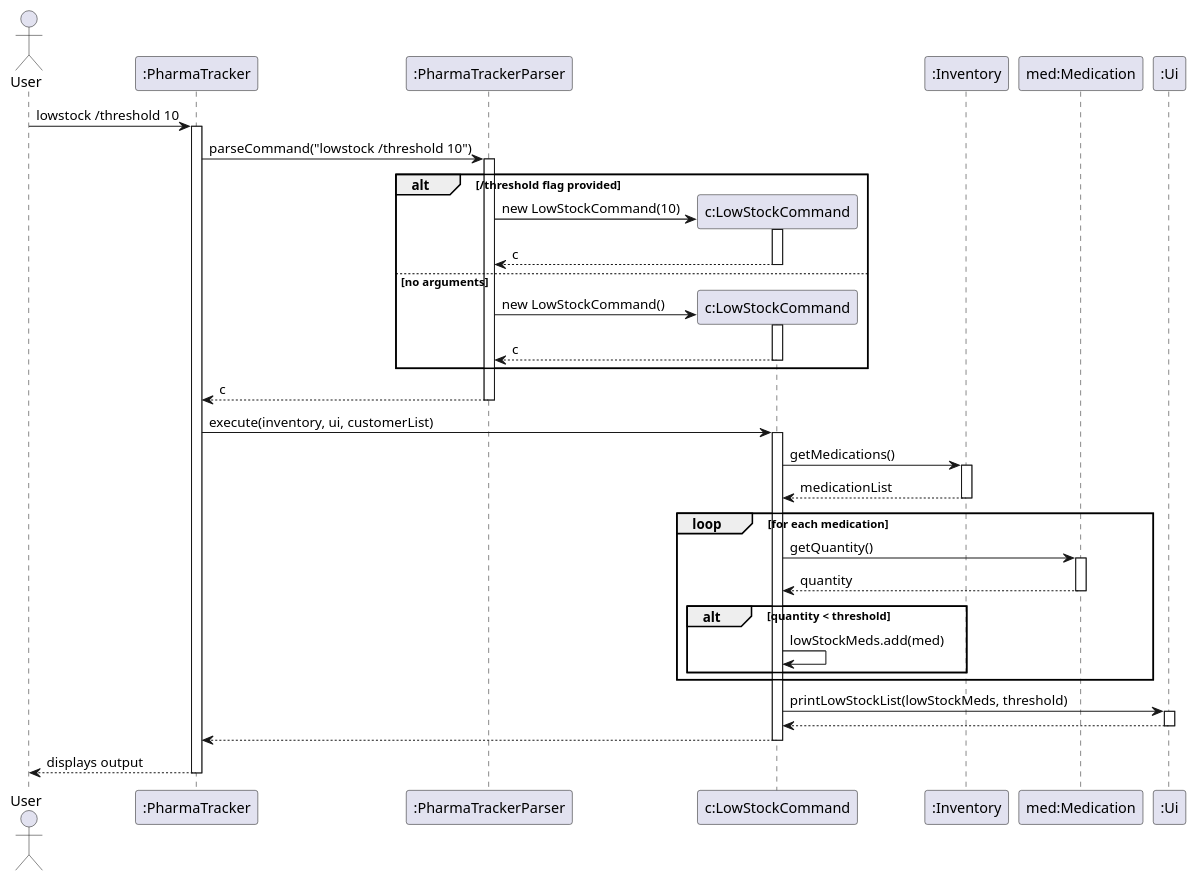
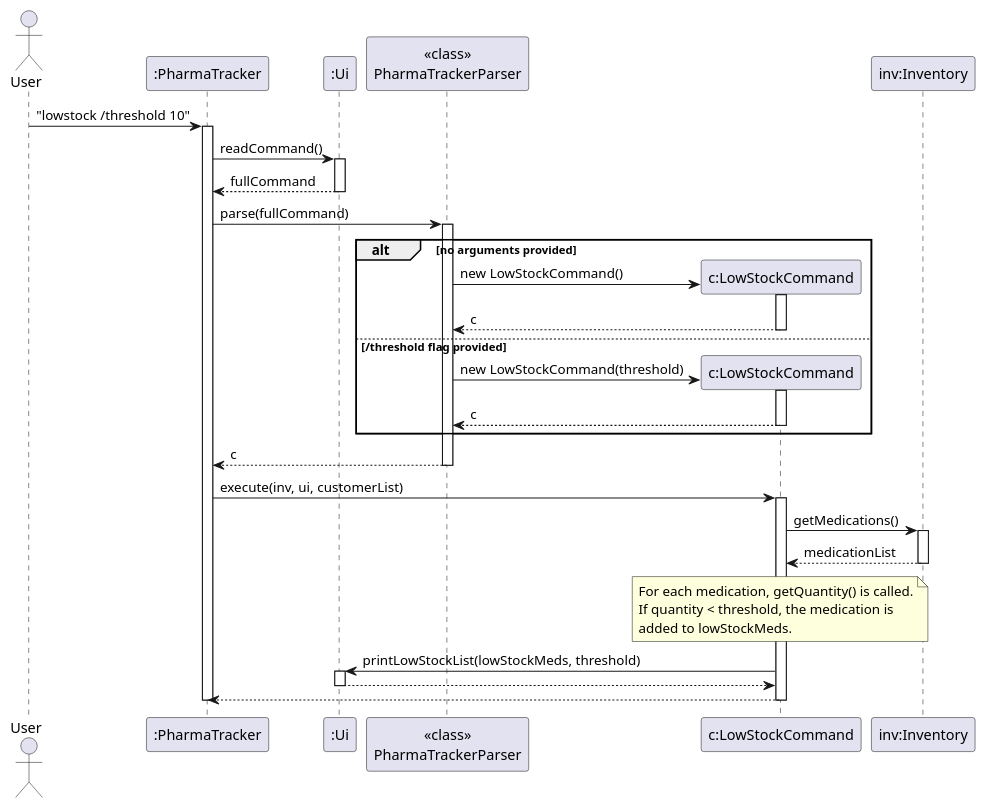
One commit to Yaqi66/tp changed the diagram in docs/diagrams/lowStockCommandSequenceDiagram.puml. Above: the diagram before and after it, drawn with PlantUML. The commit also changed 21 other files, not shown here.

Commit message:
Update sequence diagrams

```diff
--- a/docs/diagrams/lowStockCommandSequenceDiagram.puml
+++ b/docs/diagrams/lowStockCommandSequenceDiagram.puml
@@ -1,55 +1,62 @@
 @startuml
+skinparam ArrowFontStyle plain
+
 actor User
 participant ":PharmaTracker" as PharmaTracker
-participant ":PharmaTrackerParser" as PharmaTrackerParser
+participant ":Ui" as Ui
+participant "<<class>>\nPharmaTrackerParser" as Parser
 participant "c:LowStockCommand" as LowStockCommand
-participant ":Inventory" as Inventory
-participant "med:Medication" as Medication
-participant ":Ui" as Ui
+participant "inv:Inventory" as Inventory
 
-User -> PharmaTracker : lowstock /threshold 10
+User -> PharmaTracker : "lowstock /threshold 10"
 activate PharmaTracker
 
-PharmaTracker -> PharmaTrackerParser : parseCommand("lowstock /threshold 10")
-activate PharmaTrackerParser
+PharmaTracker -> Ui : readCommand()
+activate Ui
+Ui --> PharmaTracker : fullCommand
+deactivate Ui
 
-alt /threshold flag provided
+PharmaTracker -> Parser : parse(fullCommand)
+activate Parser
+
+alt no arguments provided
     create LowStockCommand
-    PharmaTrackerParser -> LowStockCommand : new LowStockCommand(10)
+    Parser -> LowStockCommand : new LowStockCommand()
     activate LowStockCommand
-    return c
-else no arguments
+    LowStockCommand --> Parser : c
+    deactivate LowStockCommand
+else /threshold flag provided
     create LowStockCommand
-    PharmaTrackerParser -> LowStockCommand : new LowStockCommand()
+    Parser -> LowStockCommand : new LowStockCommand(threshold)
     activate LowStockCommand
-    return c
+    LowStockCommand --> Parser : c
+    deactivate LowStockCommand
 end
 
-return c
+Parser --> PharmaTracker : c
+deactivate Parser
 
-PharmaTracker -> LowStockCommand : execute(inventory, ui, customerList)
+PharmaTracker -> LowStockCommand : execute(inv, ui, customerList)
 activate LowStockCommand
 
 LowStockCommand -> Inventory : getMedications()
 activate Inventory
-return medicationList
+Inventory --> LowStockCommand : medicationList
+deactivate Inventory
 
-loop for each medication
-    LowStockCommand -> Medication : getQuantity()
-    activate Medication
-    return quantity
-
-    alt quantity < threshold
-        LowStockCommand -> LowStockCommand : lowStockMeds.add(med)
-    end
-end
+note over LowStockCommand
+  For each medication, getQuantity() is called.
+  If quantity < threshold, the medication is
+  added to lowStockMeds.
+end note
 
 LowStockCommand -> Ui : printLowStockList(lowStockMeds, threshold)
 activate Ui
-return
+Ui --> LowStockCommand
+deactivate Ui
 
-return
+LowStockCommand --> PharmaTracker
+deactivate LowStockCommand
 
-PharmaTracker --> User : displays output
 deactivate PharmaTracker
 @enduml
```
